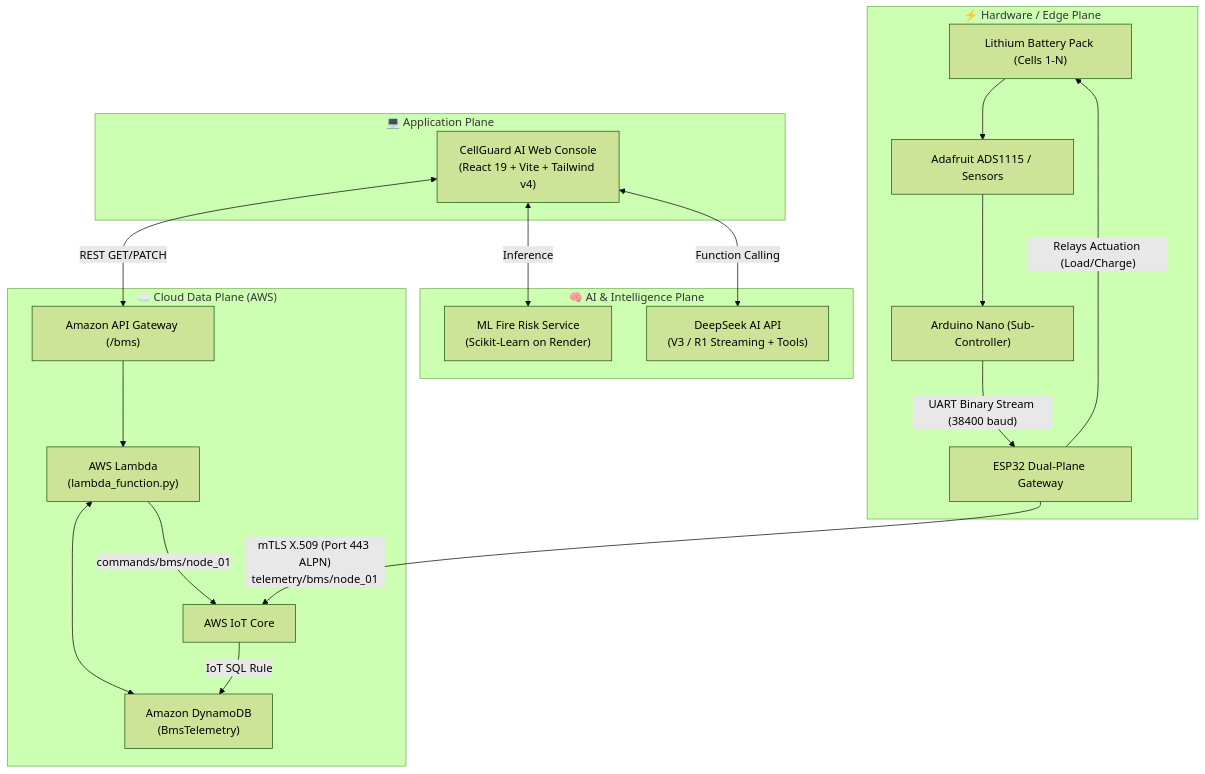
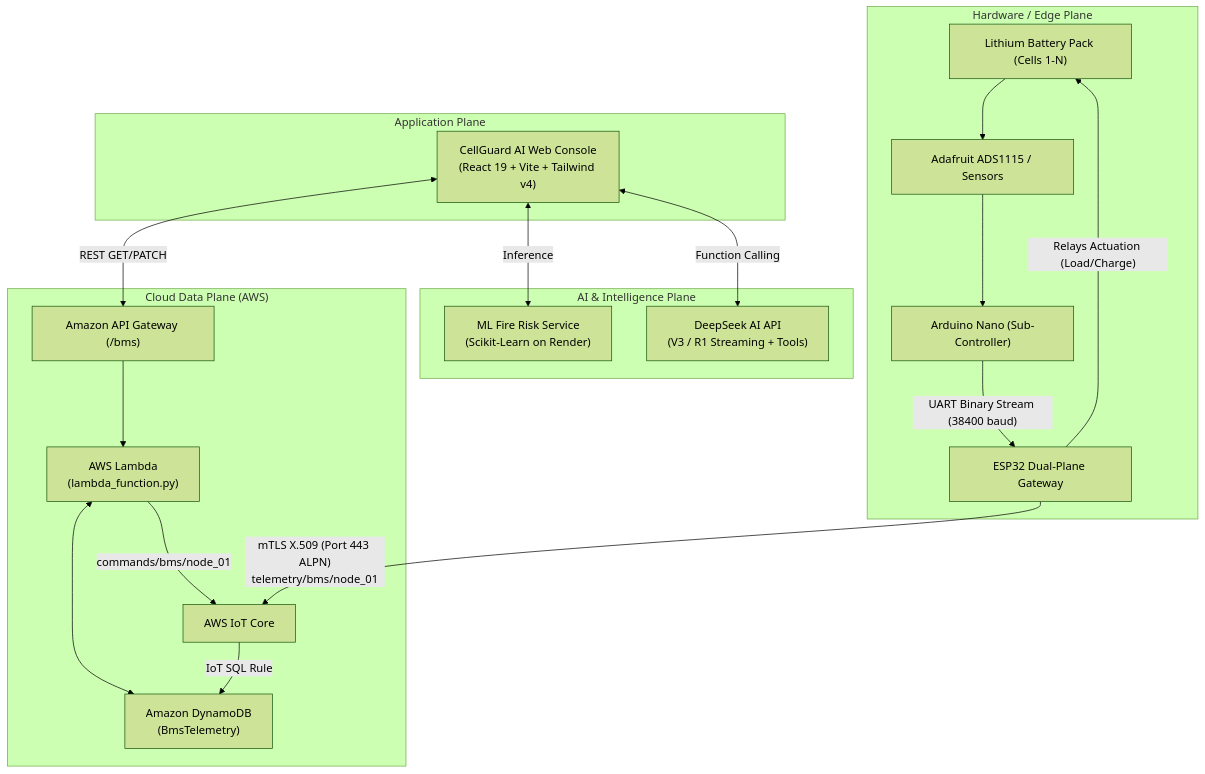
One commit to akashmani0520-maker/CellGuard-AI changed the diagram in README.md. Above: the diagram before and after it, drawn with Mermaid (forest theme). The commit also changed other lines of this file, not shown here.

````diff
--- a/README.md
+++ b/README.md
@@ -58,29 +58,29 @@
 ```mermaid
 flowchart TD
-    subgraph Hardware_Plane ["⚡ Hardware / Edge Plane"]
+    subgraph Hardware_Plane ["Hardware / Edge Plane"]
         BatteryPack["Lithium Battery Pack (Cells 1-N)"] --> ADC["Adafruit ADS1115 / Sensors"]
         ADC --> Nano["Arduino Nano (Sub-Controller)"]
         Nano -- UART Binary Stream (38400 baud) --> ESP32["ESP32 Dual-Plane Gateway"]
         ESP32 -- Relays Actuation (Load/Charge) --> BatteryPack
     end
 
-    subgraph AWS_Cloud ["☁️ Cloud Data Plane (AWS)"]
+    subgraph AWS_Cloud ["Cloud Data Plane (AWS)"]
         ESP32 -- "mTLS X.509 (Port 443 ALPN)<br/>telemetry/bms/node_01" --> IoTCore["AWS IoT Core"]
         IoTCore -- "IoT SQL Rule" --> DynamoDB["Amazon DynamoDB<br/>(BmsTelemetry)"]
         APIGW["Amazon API Gateway (/bms)"] --> Lambda["AWS Lambda<br/>(lambda_function.py)"]
         Lambda <--> DynamoDB
         Lambda -- "commands/bms/node_01" --> IoTCore
     end
 
-    subgraph ML_AI_Plane ["🧠 AI & Intelligence Plane"]
+    subgraph ML_AI_Plane ["AI & Intelligence Plane"]
         RenderML["ML Fire Risk Service<br/>(Scikit-Learn on Render)"]
         DeepSeekAPI["DeepSeek AI API<br/>(V3 / R1 Streaming + Tools)"]
     end
 
-    subgraph Client_Plane ["💻 Application Plane"]
+    subgraph Client_Plane ["Application Plane"]
         WebApp["CellGuard AI Web Console<br/>(React 19 + Vite + Tailwind v4)"]
         WebApp <-->|REST GET/PATCH| APIGW
         WebApp <-->|Inference| RenderML
         WebApp <-->|Function Calling| DeepSeekAPI
     end
 ```
````
